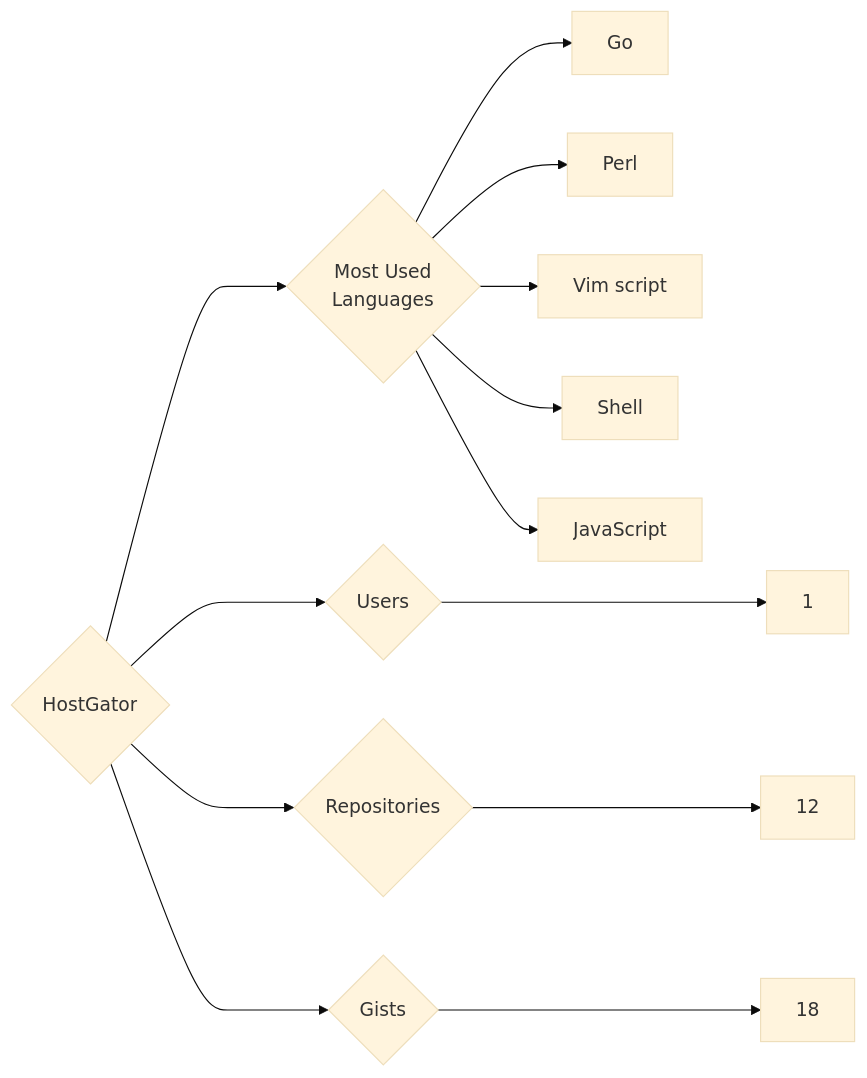
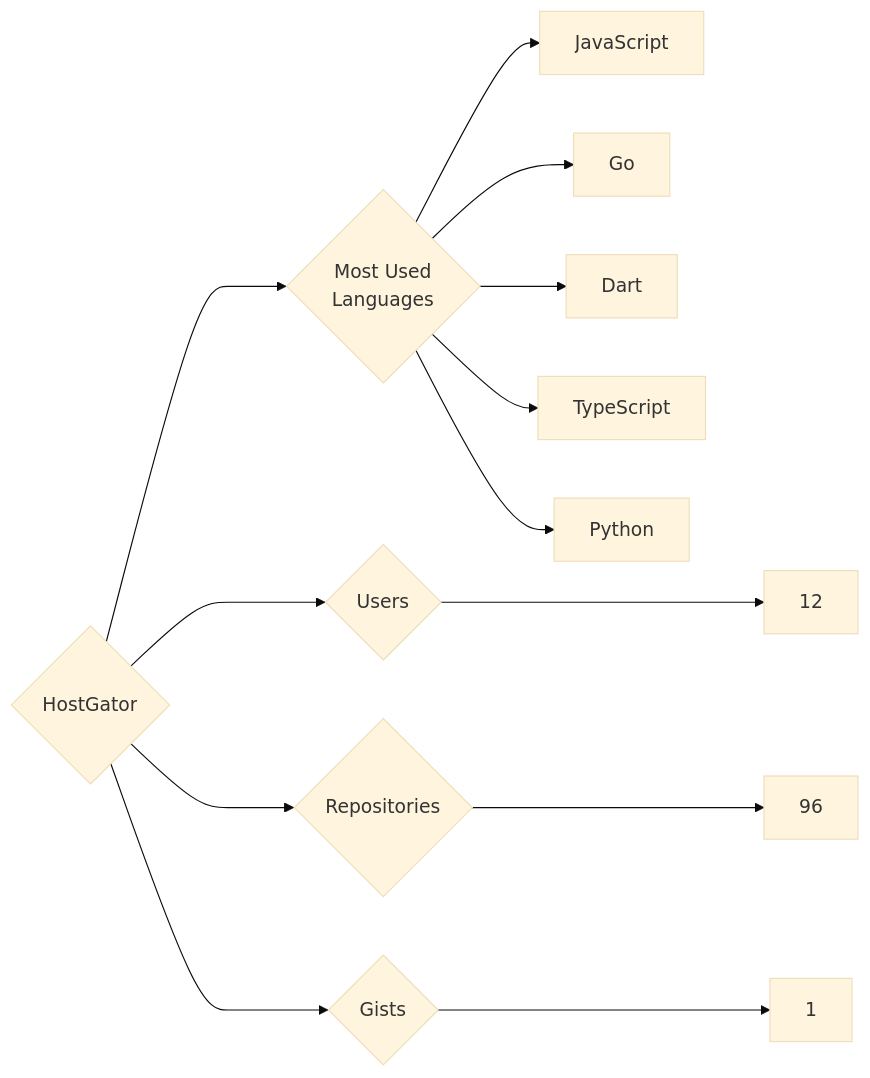
Before and after one commit to trickest/insiders: the diagram in targets/HostGator/README.md, drawn with Mermaid (base theme). The commit also changed 681 other files, not shown here.

````diff
--- a/targets/HostGator/README.md
+++ b/targets/HostGator/README.md
@@ -3,13 +3,13 @@
 ```mermaid
 graph LR
 COMPANY_NAME{HostGator}
-COMPANY_NAME ---> U{Users} ---> UN[1]
-COMPANY_NAME ---> R{Repositories} ---> RN[12]
-COMPANY_NAME ---> G{Gists} ---> GN[18]
+COMPANY_NAME ---> U{Users} ---> UN[12]
+COMPANY_NAME ---> R{Repositories} ---> RN[96]
+COMPANY_NAME ---> G{Gists} ---> GN[1]
 COMPANY_NAME ---> ML{Most Used<br>Languages}
+ML --> JavaScript[JavaScript]
 ML --> Go[Go]
-ML --> Perl[Perl]
-ML --> Vim_script[Vim script]
-ML --> Shell[Shell]
-ML --> JavaScript[JavaScript]
+ML --> Dart[Dart]
+ML --> TypeScript[TypeScript]
+ML --> Python[Python]
 ```
````
